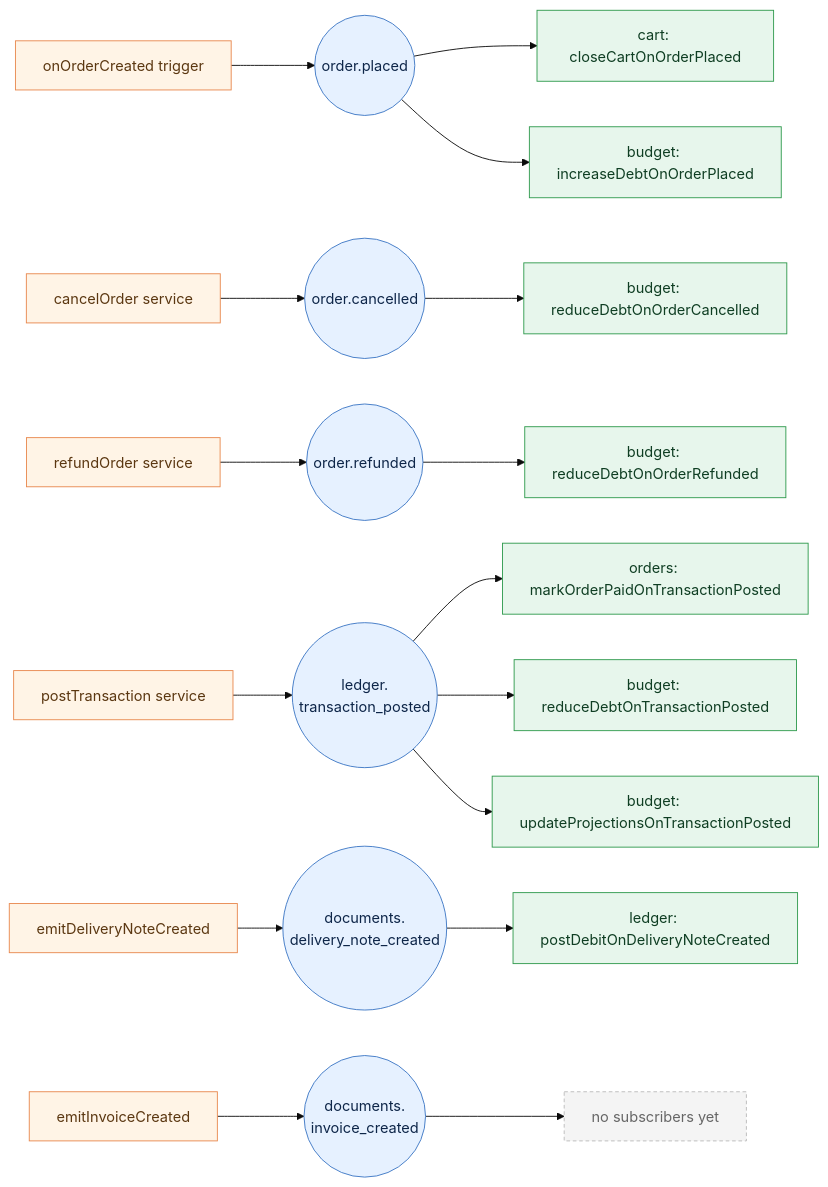
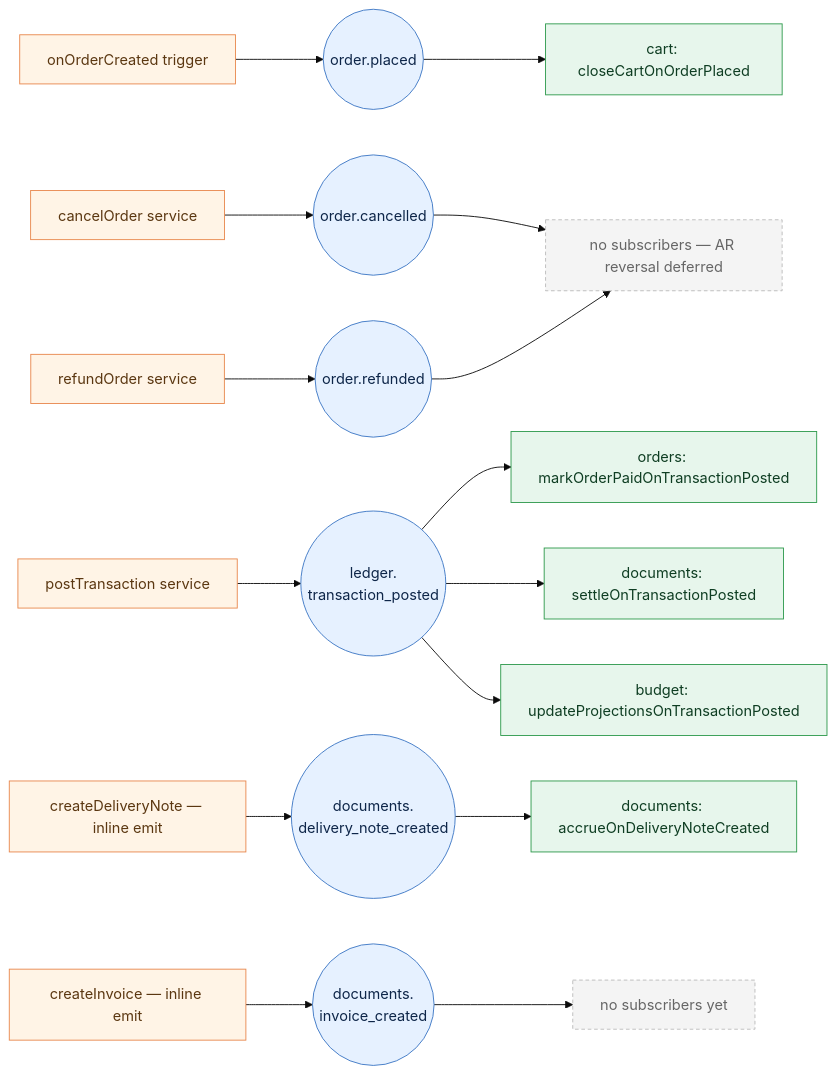
The diagram in apps/docs/docs/architecture/event-system.md (jsdev-ninja/stores), drawn with Mermaid (base theme) before and after one commit. The commit also changed other lines of this file and 1 other file, not shown here.

Commit message:
refactor: update architecture documentation to reflect Accounts Receivable refactor and event subscriber changes

````diff
--- a/apps/docs/docs/architecture/event-system.md
+++ b/apps/docs/docs/architecture/event-system.md
@@ -30,56 +30,53 @@
 ```mermaid
 graph LR
   %% emitters
   E1[onOrderCreated trigger]
   E2[cancelOrder service]
   E3[refundOrder service]
   E4[postTransaction service]
-  E5[emitDeliveryNoteCreated]
-  E6[emitInvoiceCreated]
+  E5[createDeliveryNote — inline emit]
+  E6[createInvoice — inline emit]
 
   %% events
   OP(("order.placed"))
   OC(("order.cancelled"))
   OR(("order.refunded"))
   TP(("ledger.<br/>transaction_posted"))
   DNC(("documents.<br/>delivery_note_created"))
   IC(("documents.<br/>invoice_created"))
 
   %% subscribers
   S1[cart: closeCartOnOrderPlaced]
-  S2[budget: increaseDebtOnOrderPlaced]
-  S3[budget: reduceDebtOnOrderCancelled]
-  S4[budget: reduceDebtOnOrderRefunded]
   S5[orders: markOrderPaidOnTransactionPosted]
-  S6[budget: reduceDebtOnTransactionPosted]
+  S6[documents: settleOnTransactionPosted]
   S7[budget: updateProjectionsOnTransactionPosted]
-  S8[ledger: postDebitOnDeliveryNoteCreated]
-  S9[no subscribers yet]
+  S8[documents: accrueOnDeliveryNoteCreated]
+  N1[no subscribers — AR reversal deferred]
+  N2[no subscribers yet]
 
   E1 --> OP
   E2 --> OC
   E3 --> OR
   E4 --> TP
   E5 --> DNC
   E6 --> IC
 
   OP --> S1
-  OP --> S2
-  OC --> S3
-  OR --> S4
+  OC --> N1
+  OR --> N1
   TP --> S5
   TP --> S6
   TP --> S7
   DNC --> S8
-  IC --> S9
+  IC --> N2
 
   classDef emitter fill:#fff4e6,stroke:#e8884e,color:#5b3711
   classDef event fill:#e6f1ff,stroke:#3b75c4,color:#0e2649
   classDef subscriber fill:#e7f6ec,stroke:#2f9a4d,color:#0f3e23
   classDef none fill:#f4f4f4,stroke:#bbb,stroke-dasharray:4 3,color:#666
 
   class E1,E2,E3,E4,E5,E6 emitter
   class OP,OC,OR,TP,DNC,IC event
-  class S1,S2,S3,S4,S5,S6,S7,S8 subscriber
-  class S9 none
+  class S1,S5,S6,S7,S8 subscriber
+  class N1,N2 none
 ```
````
